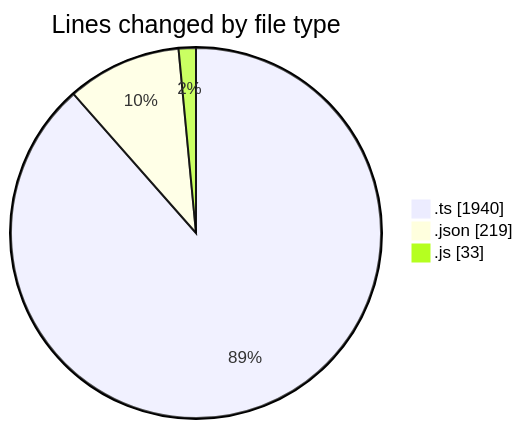
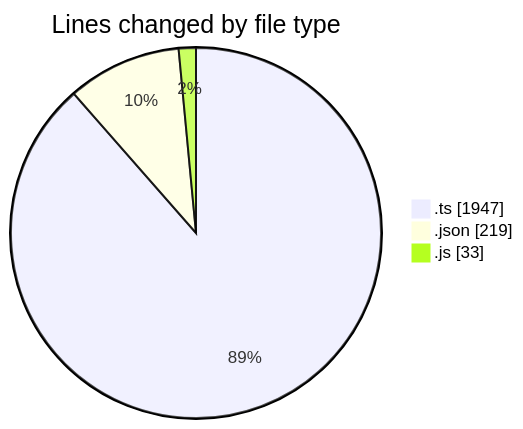
One commit to momahboobian/code-tracking changed the first of 2 diagrams in 2026-05-28/cda/README.md. Above: the diagram before and after it, drawn with Mermaid. The commit also changed other lines of this file and 1 other file, not shown here.

````diff
--- a/2026-05-28/cda/README.md
+++ b/2026-05-28/cda/README.md
@@ -27,7 +27,7 @@
 ```mermaid
 pie showData
 title Lines changed by file type
-".ts" : 1940
+".ts" : 1947
 ".json" : 219
 ".js" : 33
 ```
````
